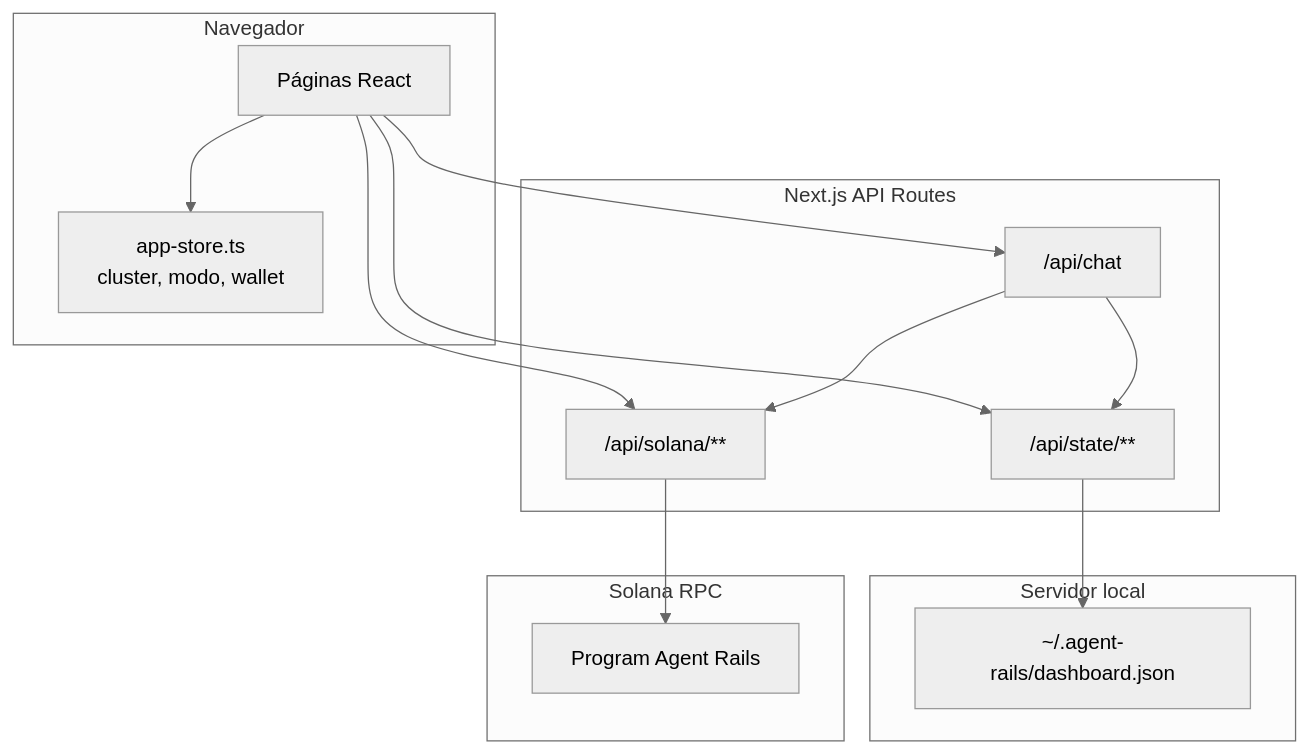
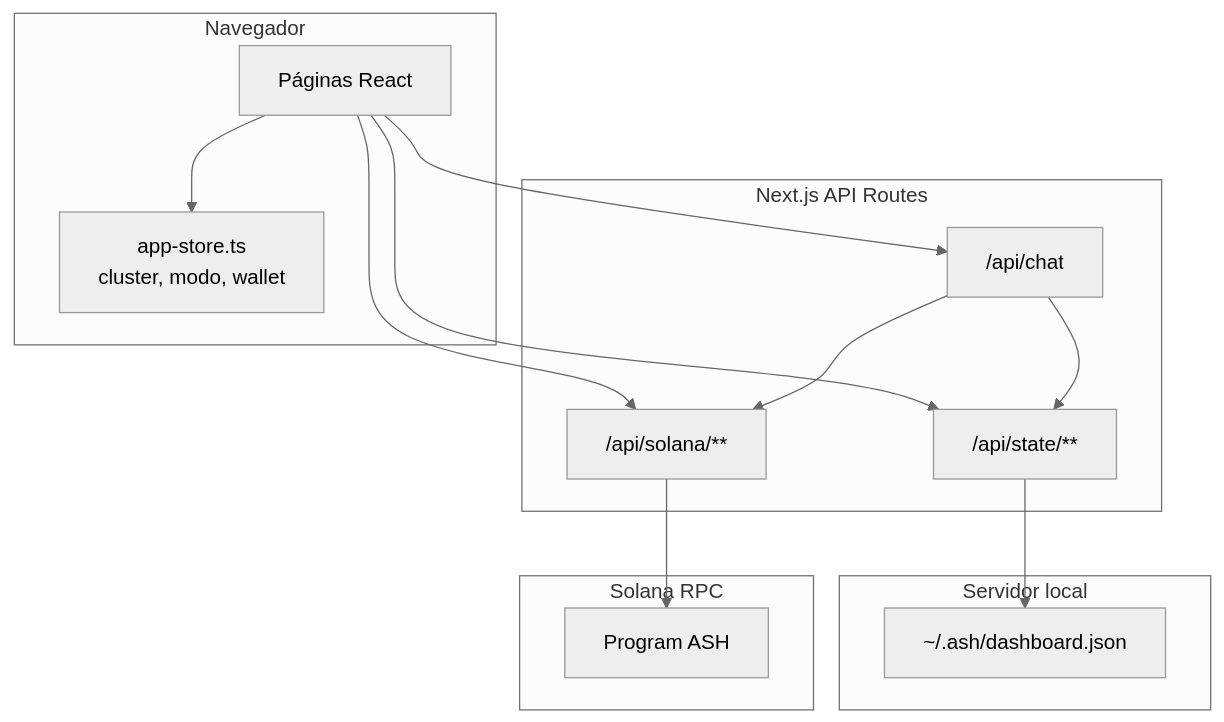
One commit to wayside-labs/ash changed the first of 2 diagrams in docs/product/dashboard-page-flows.pt-BR.md. Above: the diagram before and after it, drawn with Mermaid (neutral theme). The commit also changed other lines of this file and 593 other files, not shown here.

````diff
--- a/docs/product/dashboard-page-flows.pt-BR.md
+++ b/docs/product/dashboard-page-flows.pt-BR.md
@@ -12,30 +12,30 @@
 ```mermaid
 flowchart TB
   subgraph browser [Navegador]
     UI[Páginas React]
     Zustand[app-store.ts<br/>cluster, modo, wallet]
   end
 
   subgraph next [Next.js API Routes]
     State["/api/state/**"]
     Solana["/api/solana/**"]
     Chat["/api/chat"]
   end
 
   subgraph persist [Servidor local]
-    JSON["~/.agent-rails/dashboard.json"]
+    JSON["~/.ash/dashboard.json"]
   end
 
   subgraph chain [Solana RPC]
-    Program[Program Agent Rails]
+    Program[Program ASH]
   end
 
   UI --> Zustand
   UI --> State
   UI --> Solana
   UI --> Chat
   State --> JSON
   Solana --> Program
   Chat --> State
   Chat --> Solana
 ```
````
